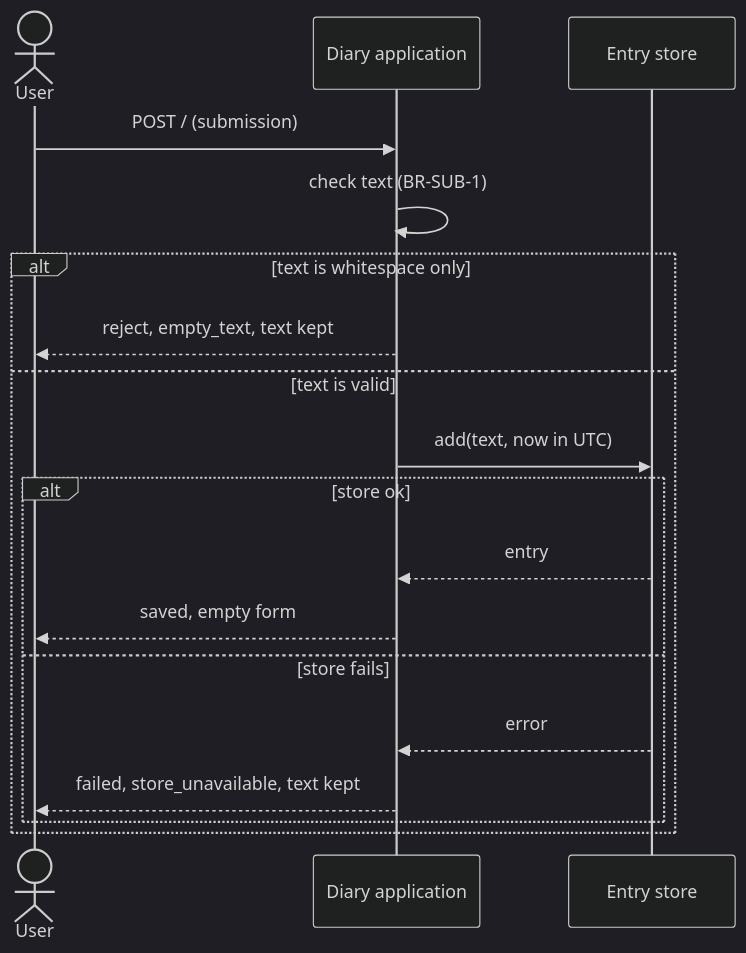
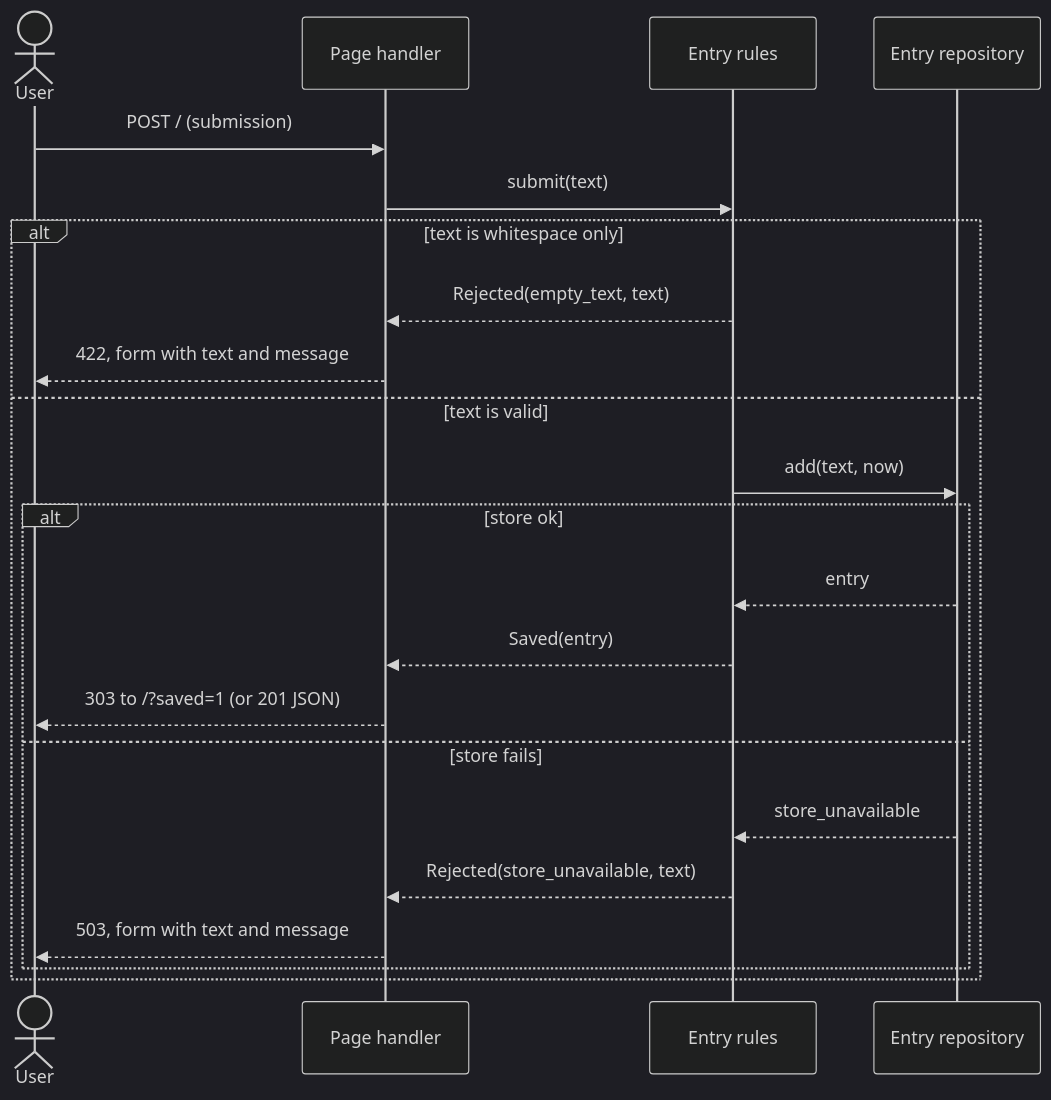
The first of 4 diagrams in specs/04-design/lld.md (nafiz1001/diary), drawn with Mermaid (dark theme) before and after one commit. The commit also changed other lines of this file and 5 other files, not shown here.

First line of the commit message:
Complete UI/UX, LLD, OpenAPI, schema and import design

````diff
--- a/specs/04-design/lld.md
+++ b/specs/04-design/lld.md
@@ -38,20 +239,24 @@
 ```mermaid
 sequenceDiagram
     actor User
-    participant App as Diary application
-    participant Store as Entry store
-    User->>App: POST / (submission)
-    App->>App: check text (BR-SUB-1)
+    participant H as Page handler
+    participant R as Entry rules
+    participant D as Entry repository
+    User->>H: POST / (submission)
+    H->>R: submit(text)
     alt text is whitespace only
-        App-->>User: reject, empty_text, text kept
+        R-->>H: Rejected(empty_text, text)
+        H-->>User: 422, form with text and message
     else text is valid
-        App->>Store: add(text, now in UTC)
+        R->>D: add(text, now)
         alt store ok
-            Store-->>App: entry
-            App-->>User: saved, empty form
+            D-->>R: entry
+            R-->>H: Saved(entry)
+            H-->>User: 303 to /?saved=1 (or 201 JSON)
         else store fails
-            Store-->>App: error
-            App-->>User: failed, store_unavailable, text kept
+            D-->>R: store_unavailable
+            R-->>H: Rejected(store_unavailable, text)
+            H-->>User: 503, form with text and message
         end
     end
 ```
````
